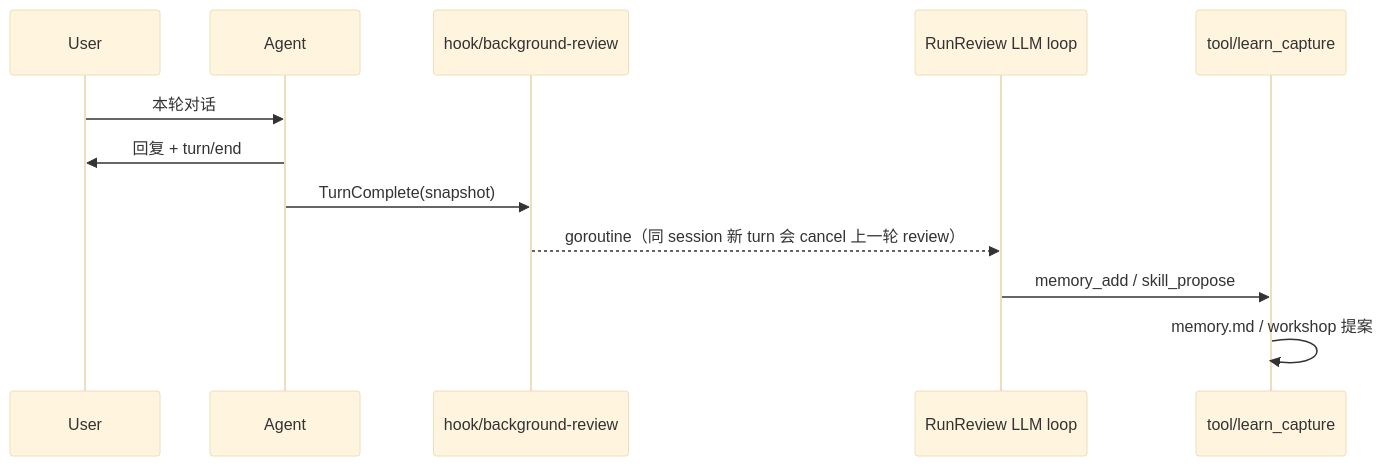
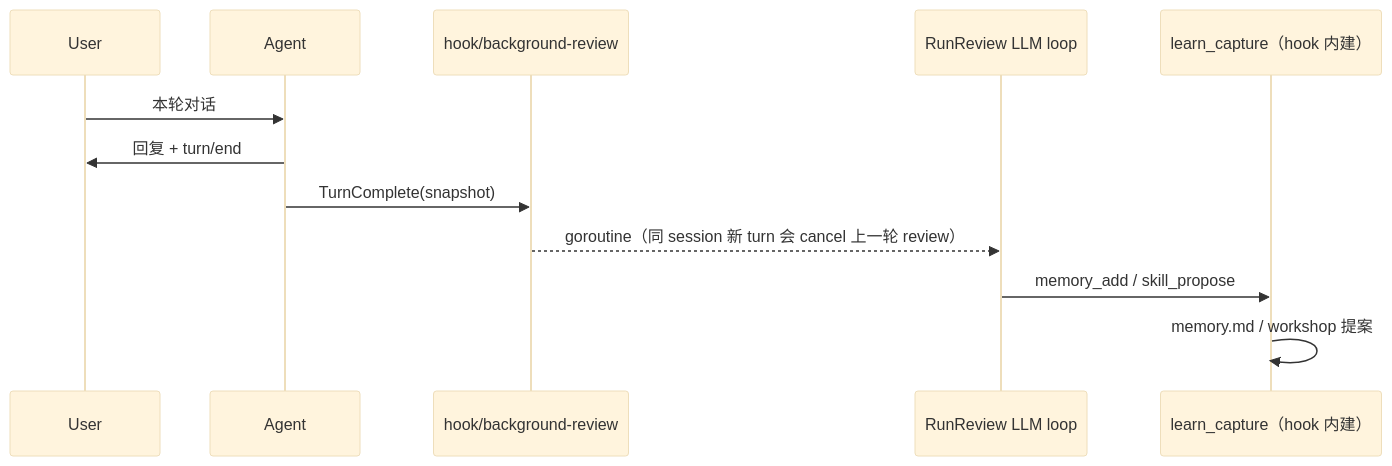
One commit to lengzhao/agentkit changed the second of 2 diagrams in docs/guides/learning-dreaming.zh.md. Above: the diagram before and after it, drawn with Mermaid (base theme). The commit also changed other lines of this file and 122 other files, not shown here.

````diff
--- a/docs/guides/learning-dreaming.zh.md
+++ b/docs/guides/learning-dreaming.zh.md
@@ -173,15 +169,15 @@
 ```mermaid
 sequenceDiagram
   participant User
   participant Agent
   participant Hook as hook/background-review
   participant Review as RunReview LLM loop
-  participant Cap as tool/learn_capture
+  participant Cap as learn_capture（hook 内建）
 
   User->>Agent: 本轮对话
   Agent->>User: 回复 + turn/end
   Agent->>Hook: TurnComplete(snapshot)
   Hook-->>Review: goroutine（同 session 新 turn 会 cancel 上一轮 review）
   Review->>Cap: memory_add / skill_propose
   Cap->>Cap: memory.md / workshop 提案
 ```
````
